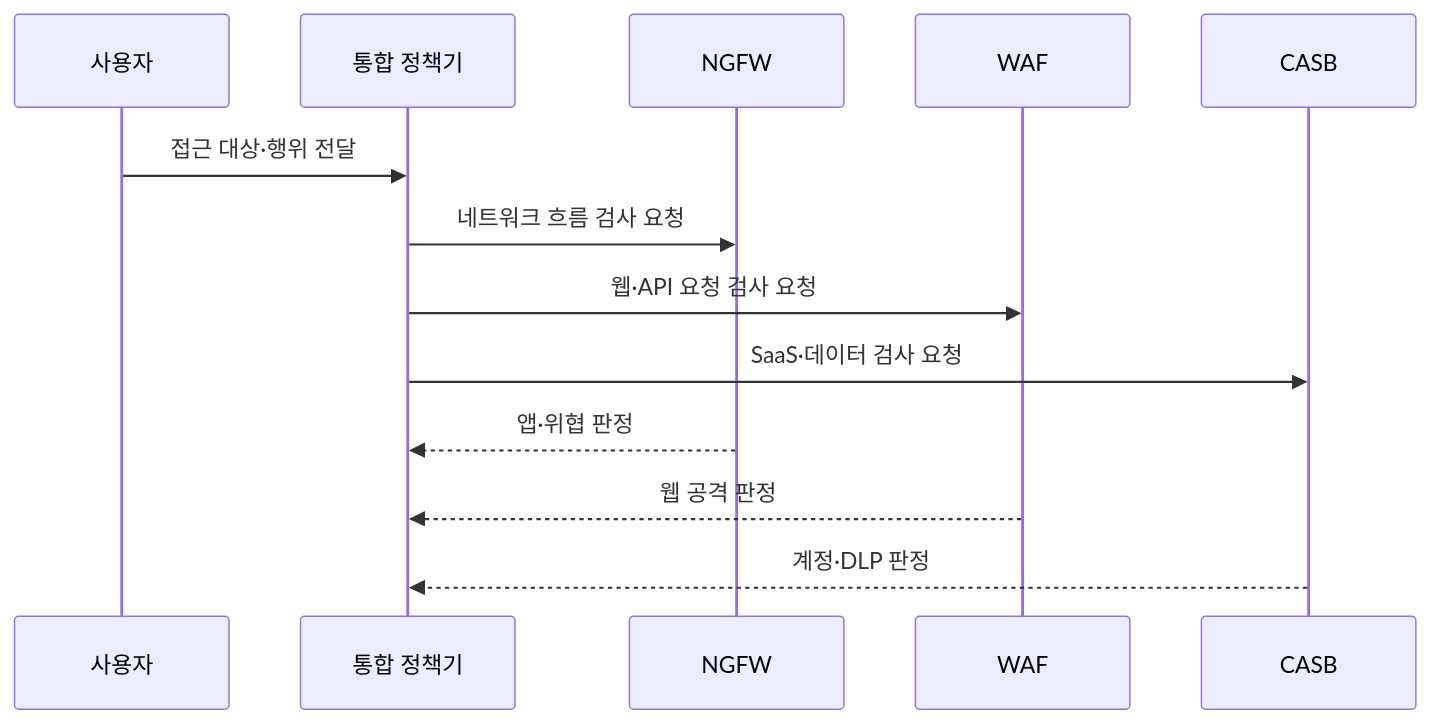
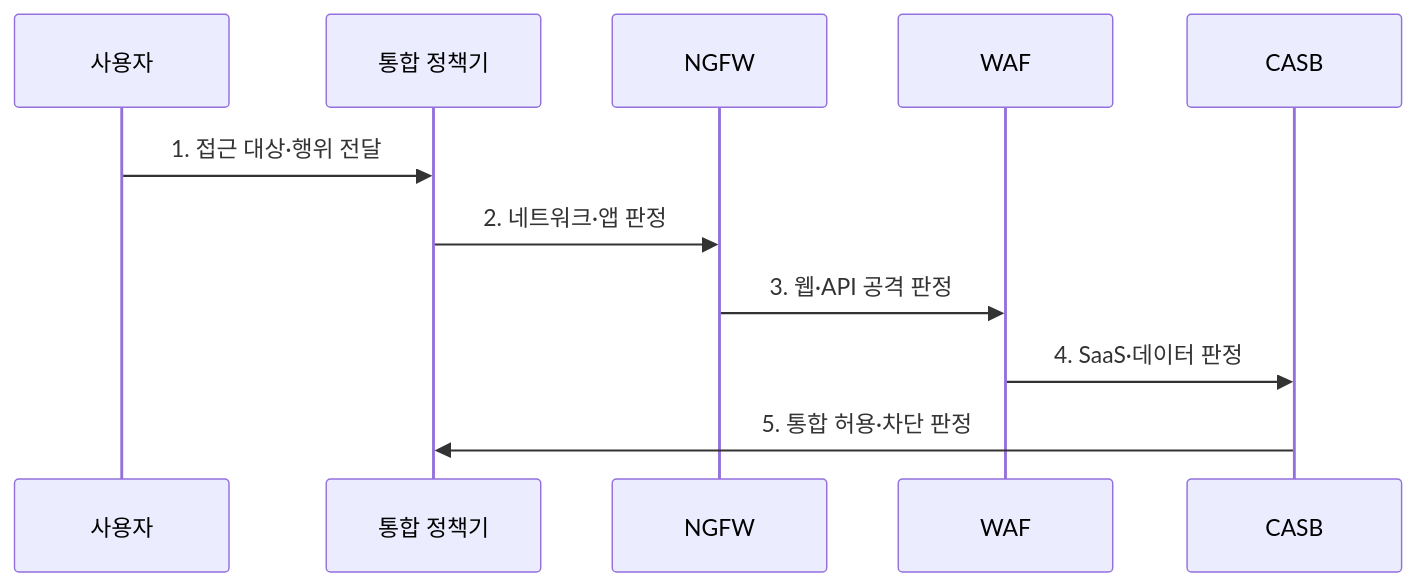
The second of 2 diagrams in src/content/docs/notes/05-security/022_ngfw_waf_casb_comparison.md (agnusdei1207/knowledge-base), drawn with Mermaid before and after one commit. The commit also changed other lines of this file and 11 other files, not shown here.

````diff
--- a/src/content/docs/notes/05-security/022_ngfw_waf_casb_comparison.md
+++ b/src/content/docs/notes/05-security/022_ngfw_waf_casb_comparison.md
@@ -86,15 +86,13 @@
 ```mermaid
 sequenceDiagram
     participant U as 사용자
     participant P as 통합 정책기
     participant N as NGFW
     participant W as WAF
     participant C as CASB
-    U->>P: 접근 대상·행위 전달
-    P->>N: 네트워크 흐름 검사 요청
-    P->>W: 웹·API 요청 검사 요청
-    P->>C: SaaS·데이터 검사 요청
-    N-->>P: 앱·위협 판정
-    W-->>P: 웹 공격 판정
-    C-->>P: 계정·DLP 판정
+    U->>P: 1. 접근 대상·행위 전달
+    P->>N: 2. 네트워크·앱 판정
+    N->>W: 3. 웹·API 공격 판정
+    W->>C: 4. SaaS·데이터 판정
+    C->>P: 5. 통합 허용·차단 판정
 ```
````
